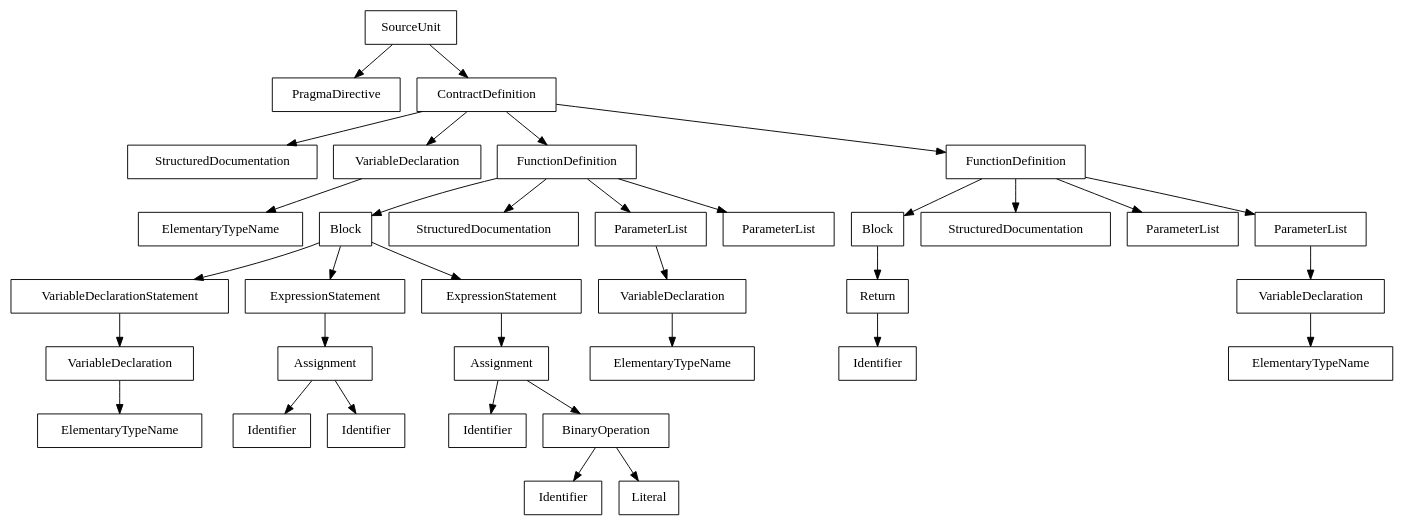
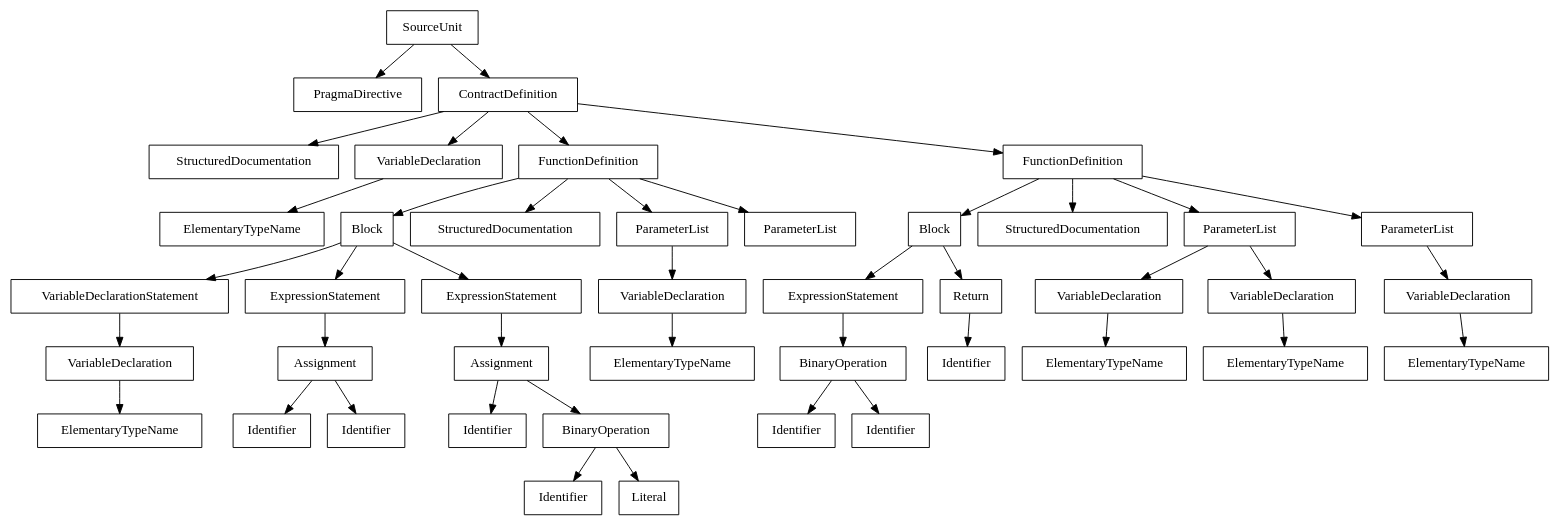
Before and after one commit to Yowen397/modeler: the diagram in bin/AST.dot, drawn with Graphviz. The commit also changed 7 other files, not shown here.

```diff
--- a/bin/AST.dot
+++ b/bin/AST.dot
@@ -1,72 +1,88 @@
 digraph G{
 node[shape=box]
-94139065152064[label="SourceUnit"]
-94139065151792[label="PragmaDirective"]
-94139065152064->94139065151792
-94139065151808[label="ContractDefinition"]
-94139065152064->94139065151808
-94139065151424[label="StructuredDocumentation"]
-94139065151808->94139065151424
-94139065151200[label="VariableDeclaration"]
-94139065151808->94139065151200
-94139065141392[label="ElementaryTypeName"]
-94139065151200->94139065141392
-94139065151216[label="FunctionDefinition"]
-94139065151808->94139065151216
-94139065148008[label="Block"]
-94139065151216->94139065148008
-94139065146392[label="VariableDeclarationStatement"]
-94139065148008->94139065146392
-94139065142304[label="VariableDeclaration"]
-94139065146392->94139065142304
-94139065142256[label="ElementaryTypeName"]
-94139065142304->94139065142256
-94139065146408[label="ExpressionStatement"]
-94139065148008->94139065146408
-94139065143776[label="Assignment"]
-94139065146408->94139065143776
-94139065143560[label="Identifier"]
-94139065143776->94139065143560
-94139065143656[label="Identifier"]
-94139065143776->94139065143656
-94139065146424[label="ExpressionStatement"]
-94139065148008->94139065146424
-94139065146280[label="Assignment"]
-94139065146424->94139065146280
-94139065146064[label="Identifier"]
-94139065146280->94139065146064
-94139065146160[label="BinaryOperation"]
-94139065146280->94139065146160
-94139065145608[label="Identifier"]
-94139065146160->94139065145608
-94139065145704[label="Literal"]
-94139065146160->94139065145704
-94139065148040[label="StructuredDocumentation"]
-94139065151216->94139065148040
-94139065148328[label="ParameterList"]
-94139065151216->94139065148328
-94139065147680[label="VariableDeclaration"]
-94139065148328->94139065147680
-94139065147632[label="ElementaryTypeName"]
-94139065147680->94139065147632
-94139065148360[label="ParameterList"]
-94139065151216->94139065148360
-94139065151232[label="FunctionDefinition"]
-94139065151808->94139065151232
-94139065150672[label="Block"]
-94139065151232->94139065150672
-94139065149104[label="Return"]
-94139065150672->94139065149104
-94139065148960[label="Identifier"]
-94139065149104->94139065148960
-94139065150704[label="StructuredDocumentation"]
-94139065151232->94139065150704
-94139065150992[label="ParameterList"]
-94139065151232->94139065150992
-94139065151024[label="ParameterList"]
-94139065151232->94139065151024
-94139065150496[label="VariableDeclaration"]
-94139065151024->94139065150496
-94139065150448[label="ElementaryTypeName"]
-94139065150496->94139065150448
+94698546691856[label="SourceUnit"]
+94698546691584[label="PragmaDirective"]
+94698546691856->94698546691584
+94698546691600[label="ContractDefinition"]
+94698546691856->94698546691600
+94698546691216[label="StructuredDocumentation"]
+94698546691600->94698546691216
+94698546690992[label="VariableDeclaration"]
+94698546691600->94698546690992
+94698546677904[label="ElementaryTypeName"]
+94698546690992->94698546677904
+94698546691008[label="FunctionDefinition"]
+94698546691600->94698546691008
+94698546684520[label="Block"]
+94698546691008->94698546684520
+94698546682904[label="VariableDeclarationStatement"]
+94698546684520->94698546682904
+94698546678816[label="VariableDeclaration"]
+94698546682904->94698546678816
+94698546678768[label="ElementaryTypeName"]
+94698546678816->94698546678768
+94698546682920[label="ExpressionStatement"]
+94698546684520->94698546682920
+94698546680288[label="Assignment"]
+94698546682920->94698546680288
+94698546680072[label="Identifier"]
+94698546680288->94698546680072
+94698546680168[label="Identifier"]
+94698546680288->94698546680168
+94698546682936[label="ExpressionStatement"]
+94698546684520->94698546682936
+94698546682792[label="Assignment"]
+94698546682936->94698546682792
+94698546682576[label="Identifier"]
+94698546682792->94698546682576
+94698546682672[label="BinaryOperation"]
+94698546682792->94698546682672
+94698546682120[label="Identifier"]
+94698546682672->94698546682120
+94698546682216[label="Literal"]
+94698546682672->94698546682216
+94698546684552[label="StructuredDocumentation"]
+94698546691008->94698546684552
+94698546684840[label="ParameterList"]
+94698546691008->94698546684840
+94698546684192[label="VariableDeclaration"]
+94698546684840->94698546684192
+94698546684144[label="ElementaryTypeName"]
+94698546684192->94698546684144
+94698546684872[label="ParameterList"]
+94698546691008->94698546684872
+94698546691024[label="FunctionDefinition"]
+94698546691600->94698546691024
+94698546690464[label="Block"]
+94698546691024->94698546690464
+94698546687152[label="ExpressionStatement"]
+94698546690464->94698546687152
+94698546686472[label="BinaryOperation"]
+94698546687152->94698546686472
+94698546686256[label="Identifier"]
+94698546686472->94698546686256
+94698546686352[label="Identifier"]
+94698546686472->94698546686352
+94698546687168[label="Return"]
+94698546690464->94698546687168
+94698546687008[label="Identifier"]
+94698546687168->94698546687008
+94698546690496[label="StructuredDocumentation"]
+94698546691024->94698546690496
+94698546690784[label="ParameterList"]
+94698546691024->94698546690784
+94698546689256[label="VariableDeclaration"]
+94698546690784->94698546689256
+94698546688360[label="ElementaryTypeName"]
+94698546689256->94698546688360
+94698546689272[label="VariableDeclaration"]
+94698546690784->94698546689272
+94698546689208[label="ElementaryTypeName"]
+94698546689272->94698546689208
+94698546690816[label="ParameterList"]
+94698546691024->94698546690816
+94698546690288[label="VariableDeclaration"]
+94698546690816->94698546690288
+94698546690240[label="ElementaryTypeName"]
+94698546690288->94698546690240
 }
```
